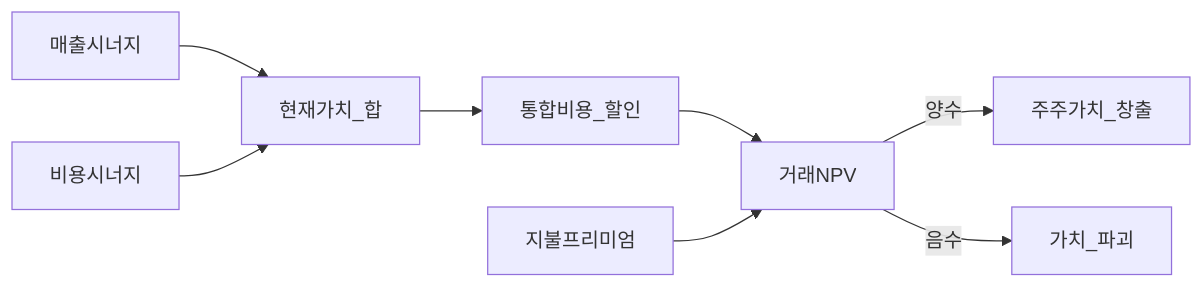
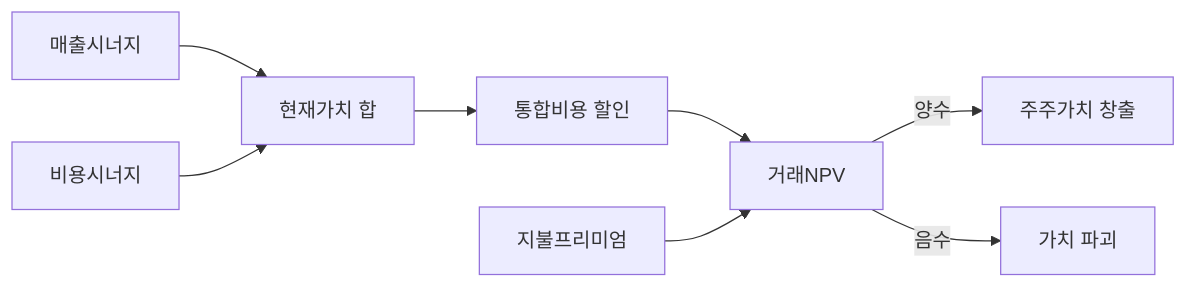
Before and after one commit to goldanghenry/Finances: the second of 5 diagrams in 09-corporate-finance/ma-basics.md, drawn with Mermaid. The commit also changed other lines of this file and 211 other files, not shown here.

````diff
--- a/09-corporate-finance/ma-basics.md
+++ b/09-corporate-finance/ma-basics.md
@@ -132,10 +146,10 @@
 ```mermaid
 flowchart LR
-  Rev[매출시너지] --> PV[현재가치_합]
+  Rev[매출시너지] --> PV["현재가치 합"]
   Cost[비용시너지] --> PV
-  PV --> Minus[통합비용_할인]
+  PV --> Minus["통합비용 할인"]
   Minus --> NPV[거래NPV]
   Price[지불프리미엄] --> NPV
-  NPV -->|양수| Create[주주가치_창출]
-  NPV -->|음수| Destroy[가치_파괴]
+  NPV -->|양수| Create["주주가치 창출"]
+  NPV -->|음수| Destroy["가치 파괴"]
 ```
````
